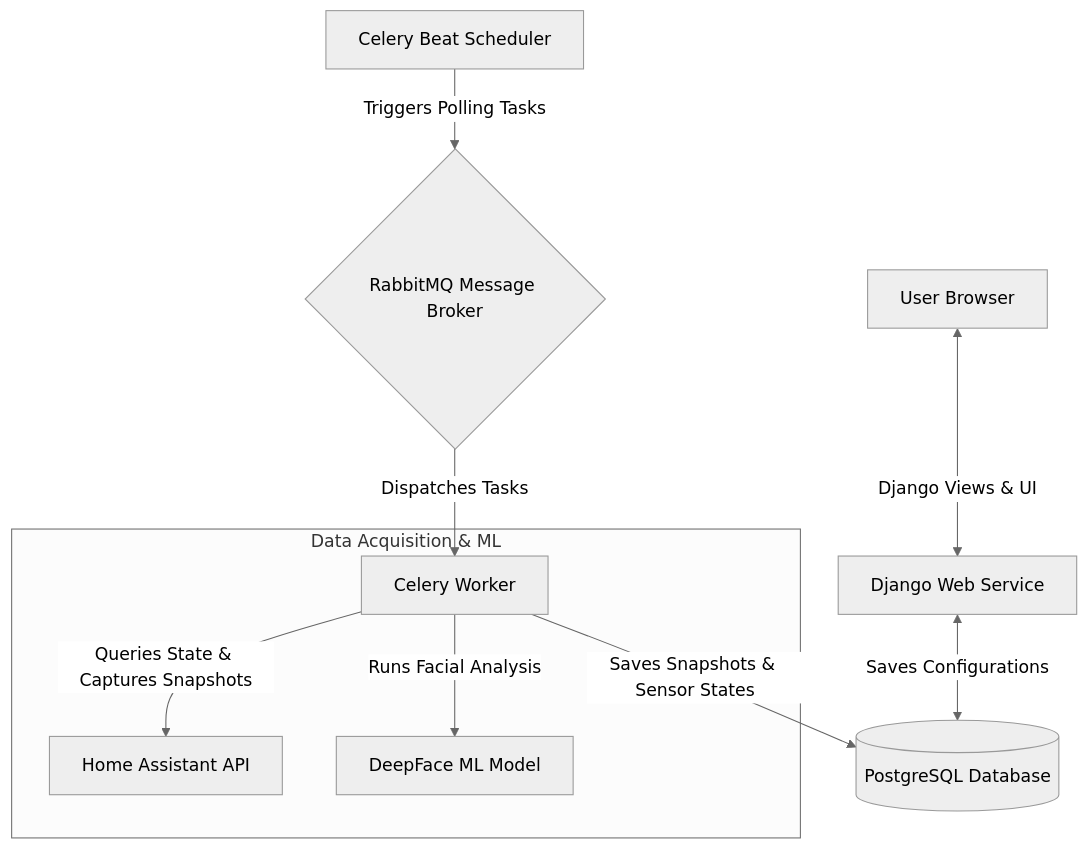
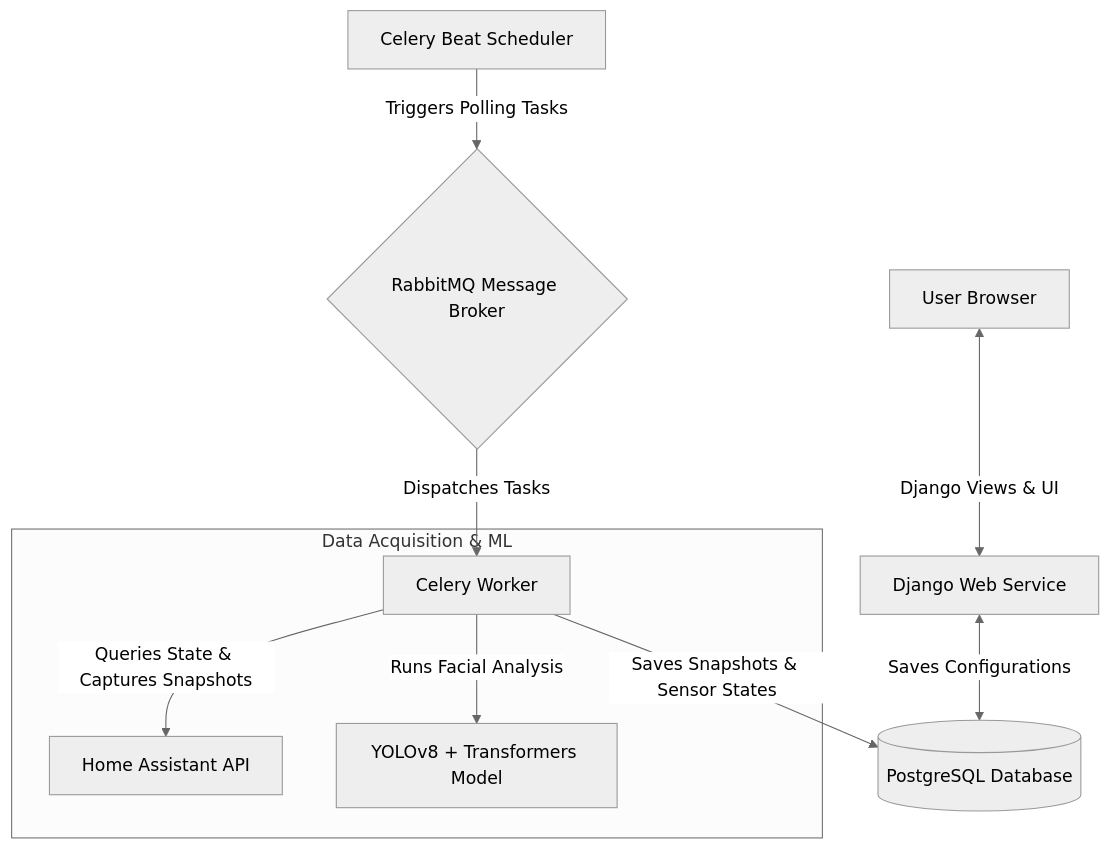
The diagram in readme.md (adrian-wozniak-wat/shere), drawn with Mermaid (neutral theme) before and after one commit. The commit also changed other lines of this file and 1 other file, not shown here.

````diff
--- a/readme.md
+++ b/readme.md
@@ -24,14 +24,14 @@
 ```mermaid
 graph TD
     User[User Browser] <-->|Django Views & UI| Web[Django Web Service]
     Web <-->|Saves Configurations| DB[(PostgreSQL Database)]
     CeleryBeat[Celery Beat Scheduler] -->|Triggers Polling Tasks| RabbitMQ{RabbitMQ Message Broker}
     RabbitMQ -->|Dispatches Tasks| CeleryWorker[Celery Worker]
     
     subgraph Data Acquisition & ML
         CeleryWorker -->|Queries State & Captures Snapshots| HA[Home Assistant API]
-        CeleryWorker -->|Runs Facial Analysis| DeepFace[DeepFace ML Model]
+        CeleryWorker -->|Runs Facial Analysis| ML[YOLOv8 + Transformers Model]
     end
     
     CeleryWorker -->|Saves Snapshots & Sensor States| DB
 ```
````
